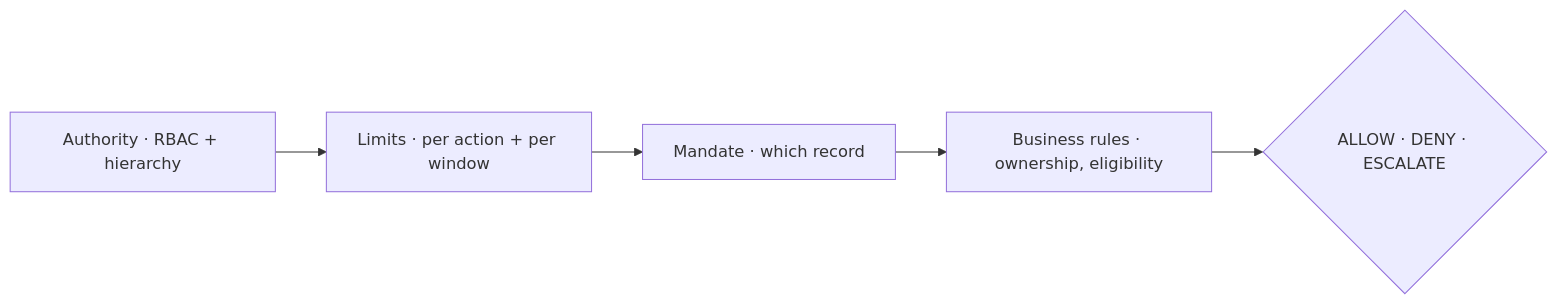
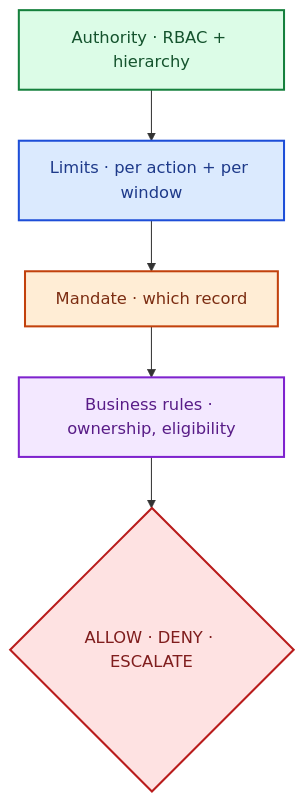
One commit to kk-engineer/robosathi changed the fourth of 4 diagrams in content/en/docs/agentic_ai/agent_security_principles.md. Above: the diagram before and after it, drawn with Mermaid. The commit also changed other lines of this file and 15 other files, not shown here.

First line of the commit message:
perf: Lighter pages and on-demand loading; legible flow diagrams

````diff
--- a/content/en/docs/agentic_ai/agent_security_principles.md
+++ b/content/en/docs/agentic_ai/agent_security_principles.md
@@ -208,4 +218,15 @@
 ```mermaid
-graph LR
+graph TD
     A["Authority · RBAC + hierarchy"] --> L["Limits · per action + per window"] --> M["Mandate · which record"] --> B["Business rules · ownership, eligibility"] --> V{"ALLOW · DENY · ESCALATE"}
+    classDef c1 fill:#dcfce7,stroke:#15803d,stroke-width:2px,color:#14532d
+    classDef c2 fill:#dbeafe,stroke:#1d4ed8,stroke-width:2px,color:#1e3a8a
+    classDef c3 fill:#ffedd5,stroke:#c2410c,stroke-width:2px,color:#7c2d12
+    classDef c4 fill:#f3e8ff,stroke:#7e22ce,stroke-width:2px,color:#581c87
+    classDef c5 fill:#fee2e2,stroke:#b91c1c,stroke-width:2px,color:#7f1d1d
+    classDef c6 fill:#ccfbf1,stroke:#0f766e,stroke-width:2px,color:#134e4a
+    class A c1
+    class L c2
+    class M c3
+    class B c4
+    class V c5
 ```
````
